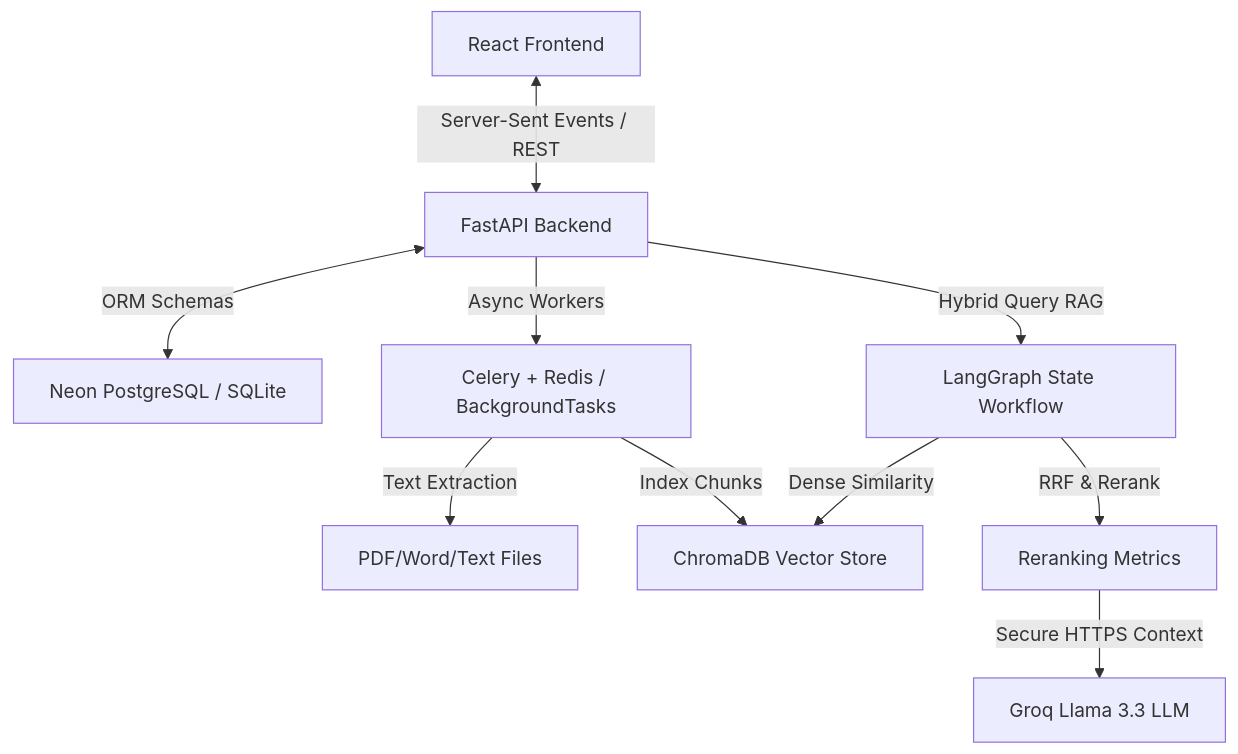
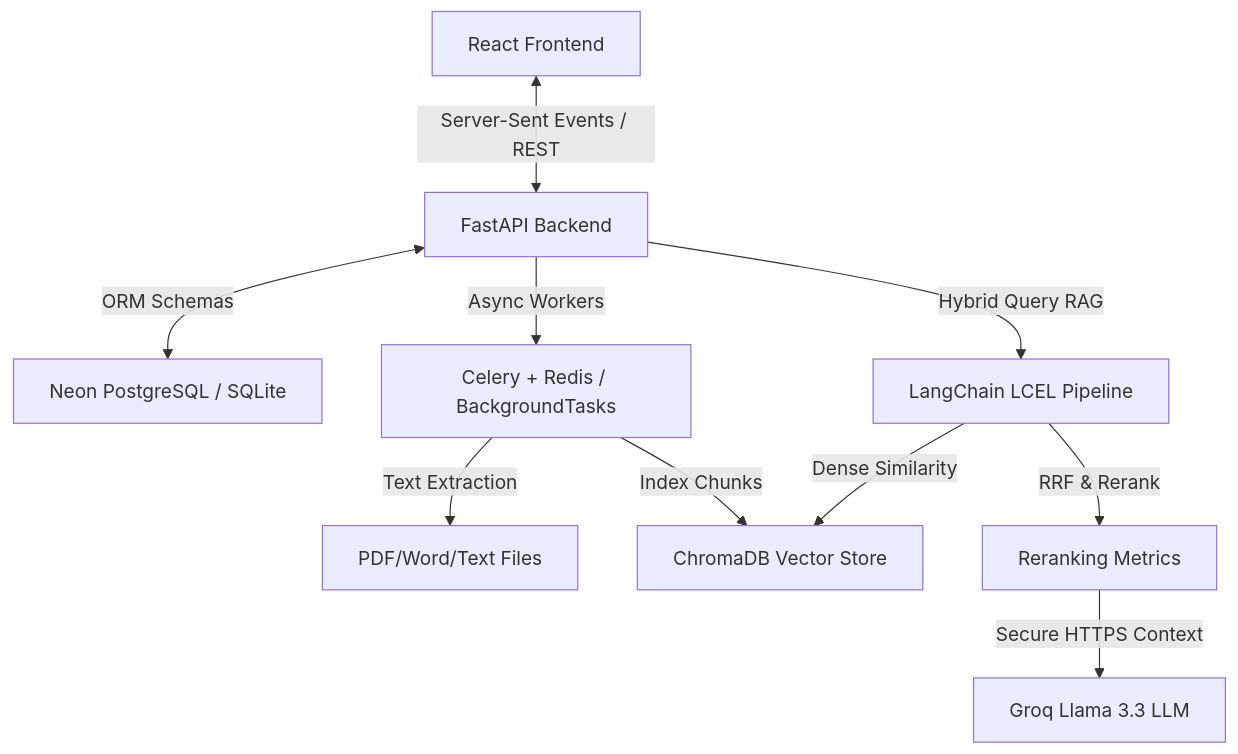
One commit to Vikram-0-7/AI_DOCUMENT_ANALYZER changed the diagram in README.md. Above: the diagram before and after it, drawn with Mermaid. The commit also changed other lines of this file and 8 other files, not shown here.

````diff
--- a/README.md
+++ b/README.md
@@ -36,12 +46,12 @@
 ```mermaid
 graph TD
     A[React Frontend] <-->|Server-Sent Events / REST| B[FastAPI Backend]
     B <-->|ORM Schemas| C[Neon PostgreSQL / SQLite]
     B -->|Async Workers| D[Celery + Redis / BackgroundTasks]
     D -->|Text Extraction| E[PDF/Word/Text Files]
     D -->|Index Chunks| F[ChromaDB Vector Store]
-    B -->|Hybrid Query RAG| G[LangGraph State Workflow]
+    B -->|Hybrid Query RAG| G[LangChain LCEL Pipeline]
     G -->|Dense Similarity| F
     G -->|RRF & Rerank| H[Reranking Metrics]
     H -->|Secure HTTPS Context| I[Groq Llama 3.3 LLM]
 ```
````
